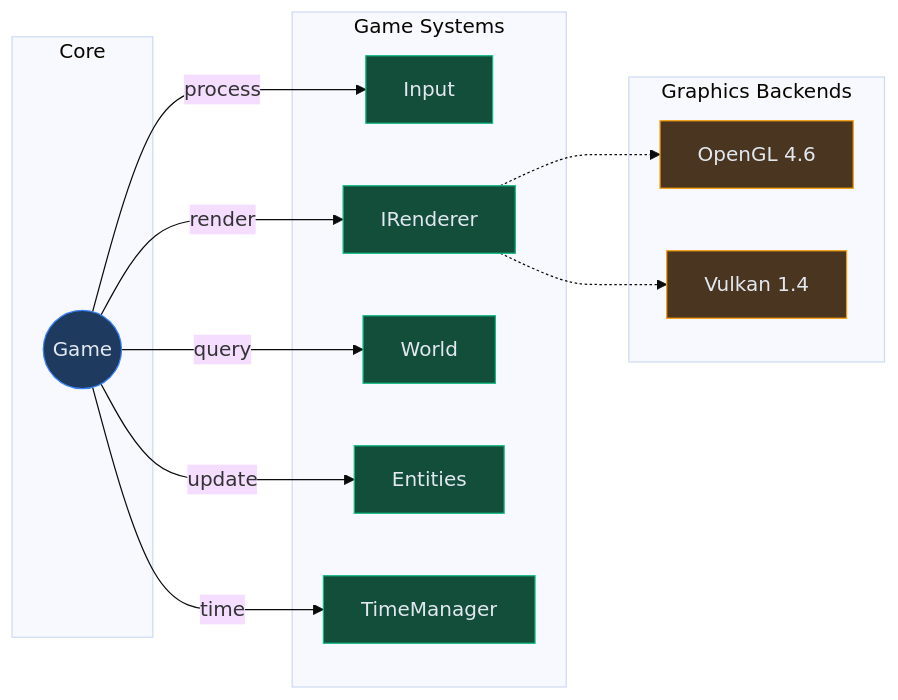
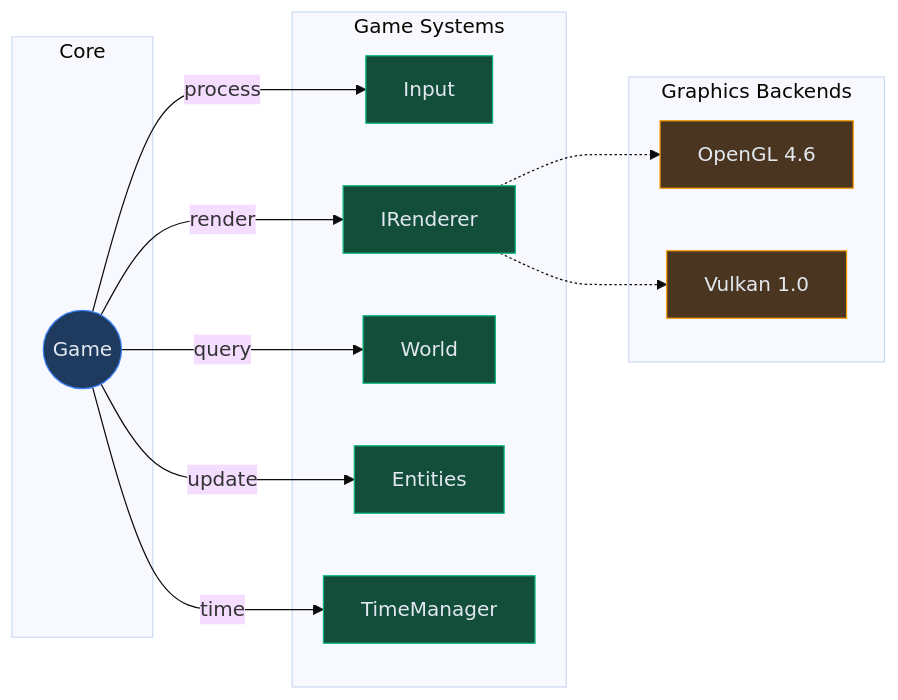
Before and after one commit to baaz777/rift: the diagram in docs/MAINPAGE.md, drawn with Mermaid (base theme). The commit also changed other lines of this file, not shown here.

Commit message:
🔖 Update layer count and Vulkan version on mainpage

```diff
--- a/docs/MAINPAGE.md
+++ b/docs/MAINPAGE.md
@@ -10,31 +10,31 @@
 <pre class="mermaid">
 flowchart LR
     classDef core fill:#1e3a5f,stroke:#3b82f6,color:#e2e8f0
     classDef system fill:#134e3a,stroke:#10b981,color:#e2e8f0
     classDef backend fill:#4a3520,stroke:#f59e0b,color:#e2e8f0
 
     subgraph Core["Core"]
         Game((Game)):::core
     end
 
     subgraph Systems["Game Systems"]
         Input[Input]:::system
         Renderer[IRenderer]:::system
         World[World]:::system
         Entities[Entities]:::system
         Time[TimeManager]:::system
     end
 
     subgraph GPU["Graphics Backends"]
         OpenGL[OpenGL 4.6]:::backend
-        Vulkan[Vulkan 1.4]:::backend
+        Vulkan[Vulkan 1.0]:::backend
     end
 
     Game -->|process| Input
     Game -->|render| Renderer
     Game -->|query| World
     Game -->|update| Entities
     Game -->|time| Time
     Renderer -.-> OpenGL
     Renderer -.-> Vulkan
 </pre>
```
